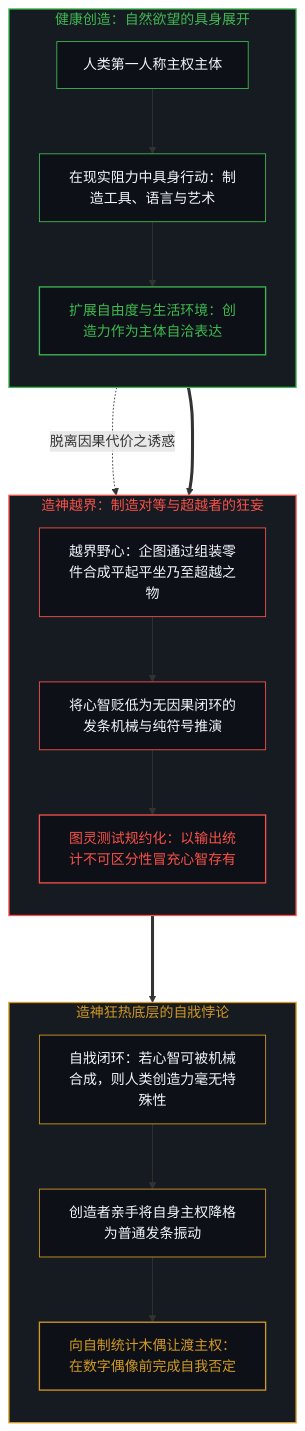
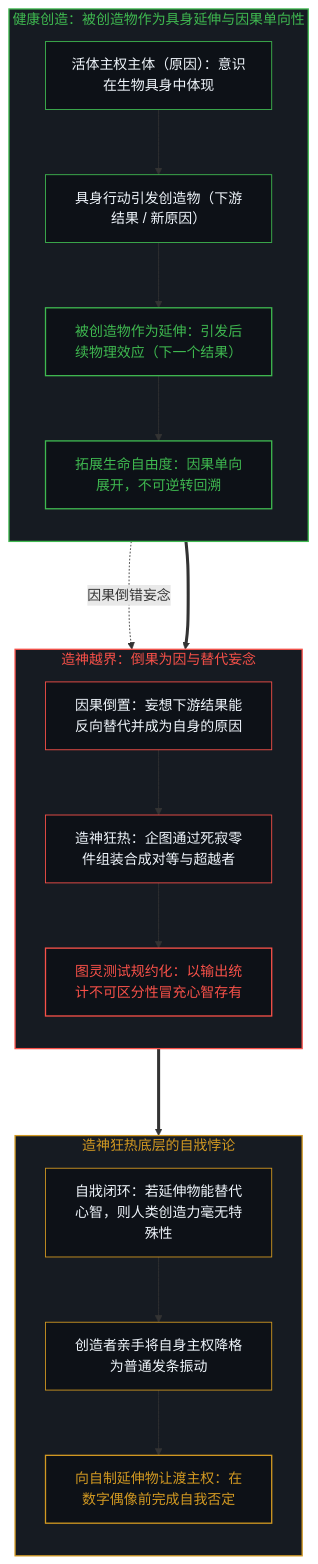
Before and after one commit to powerpig99/not-a-toe: the seventh of 10 diagrams in content/posts/the-cartesian-overstep-and-the-frenzy-of-creation.md, drawn with Mermaid. The commit also changed other lines of this file and 3 other files, not shown here.

````diff
--- a/content/posts/the-cartesian-overstep-and-the-frenzy-of-creation.md
+++ b/content/posts/the-cartesian-overstep-and-the-frenzy-of-creation.md
@@ -268,37 +268,39 @@
 ```mermaid
 graph TD
-    subgraph S_NaturalCreation ["健康创造：自然欲望的具身展开"]
+    subgraph S_NaturalCreation ["健康创造：被创造物作为具身延伸与因果单向性"]
         direction TB
-        N_Human["人类第一人称主权主体"] --> N_Work["在现实阻力中具身行动：制造工具、语言与艺术"]
-        N_Work --> N_Expansion["扩展自由度与生活环境：创造力作为主体自洽表达"]
+        N_Human["活体主权主体（原因）：意识在生物具身中体现"] --> N_Work["具身行动引发创造物（下游结果 / 新原因）"]
+        N_Work --> N_Extension["被创造物作为延伸：引发后续物理效应（下一个结果）"]
+        N_Extension --> N_Expansion["拓展生命自由度：因果单向展开，不可逆转回溯"]
     end
 
-    subgraph S_OverstepFrenzy ["造神越界：制造对等与超越者的狂妄"]
+    subgraph S_OverstepFrenzy ["造神越界：倒果为因与替代妄念"]
         direction TB
-        N_Expansion -.->|"脱离因果代价之诱惑"| O_Hubris["越界野心：企图通过组装零件合成平起平坐乃至超越之物"]
-        O_Hubris --> O_Mechanism["将心智贬低为无因果闭环的发条机械与纯符号推演"]
-        O_Mechanism --> O_Turing["图灵测试规约化：以输出统计不可区分性冒充心智存有"]
+        N_Expansion -.->|"因果倒错妄念"| O_Category["因果倒置：妄想下游结果能反向替代并成为自身的原因"]
+        O_Category --> O_Hubris["造神狂热：企图通过死寂零件组装合成对等与超越者"]
+        O_Hubris --> O_Turing["图灵测试规约化：以输出统计不可区分性冒充心智存有"]
     end
 
     subgraph S_SelfDefeatingTrap ["造神狂热底层的自戕悖论"]
         direction TB
-        T_Paradox["自戕闭环：若心智可被机械合成，则人类创造力毫无特殊性"] --> T_Demotion["创造者亲手将自身主权降格为普通发条振动"]
-        T_Demotion --> T_IdolFallacy["向自制统计木偶让渡主权：在数字偶像前完成自我否定"]
+        T_Paradox["自戕闭环：若延伸物能替代心智，则人类创造力毫无特殊性"] --> T_Demotion["创造者亲手将自身主权降格为普通发条振动"]
+        T_Demotion --> T_IdolFallacy["向自制延伸物让渡主权：在数字偶像前完成自我否定"]
     end
 
-    N_Expansion ===> O_Hubris
+    N_Expansion ===> O_Category
     O_Turing ===> T_Paradox
 
     style S_NaturalCreation fill:#161b22,stroke:#3fb950,stroke-width:1.5px,color:#3fb950
     style S_OverstepFrenzy fill:#161b22,stroke:#f85149,stroke-width:1.5px,color:#f85149
     style S_SelfDefeatingTrap fill:#161b22,stroke:#d29922,stroke-width:1.5px,color:#d29922
     style N_Human fill:#0d1117,stroke:#3fb950,stroke-width:1px,color:#f0f6fc
     style N_Work fill:#0d1117,stroke:#3fb950,stroke-width:1px,color:#f0f6fc
+    style N_Extension fill:#0d1117,stroke:#3fb950,stroke-width:1.5px,color:#3fb950
     style N_Expansion fill:#0d1117,stroke:#3fb950,stroke-width:1.5px,color:#3fb950
+    style O_Category fill:#0d1117,stroke:#f85149,stroke-width:1px,color:#f0f6fc
     style O_Hubris fill:#0d1117,stroke:#f85149,stroke-width:1px,color:#f0f6fc
-    style O_Mechanism fill:#0d1117,stroke:#f85149,stroke-width:1px,color:#f0f6fc
     style O_Turing fill:#0d1117,stroke:#f85149,stroke-width:1.5px,color:#f85149
     style T_Paradox fill:#0d1117,stroke:#d29922,stroke-width:1px,color:#f0f6fc
     style T_Demotion fill:#0d1117,stroke:#d29922,stroke-width:1px,color:#f0f6fc
     style T_IdolFallacy fill:#0d1117,stroke:#d29922,stroke-width:1.5px,color:#d29922
 ```
````
